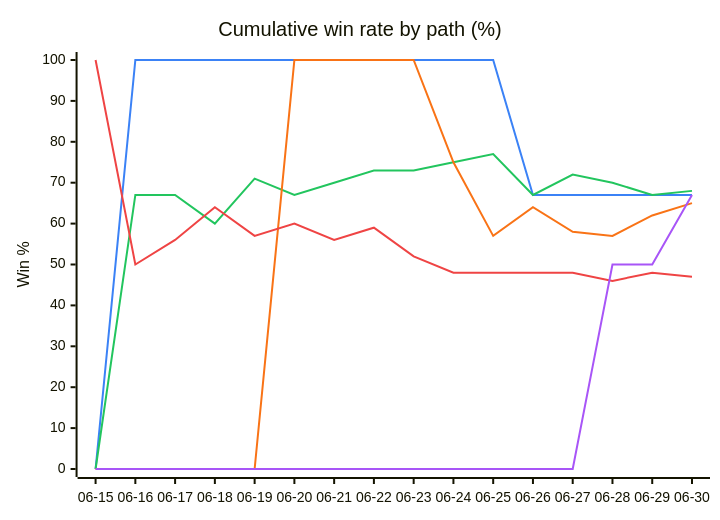
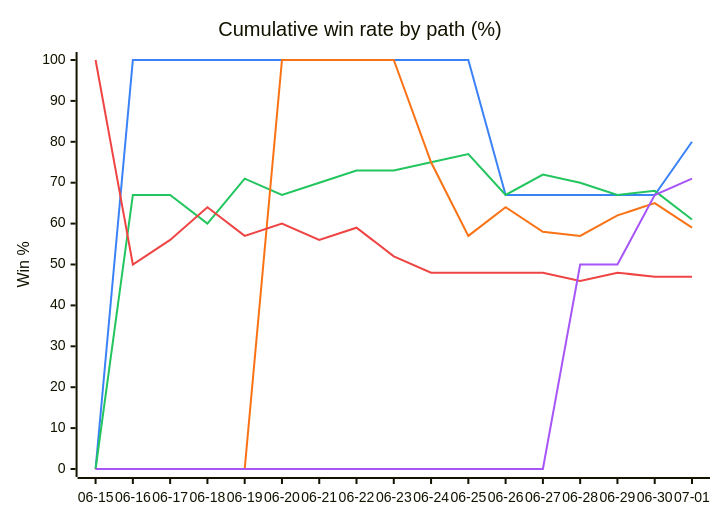
The second of 5 diagrams in DAILY_AGSU_REPORT.md (dpk1212/nhl-savant), drawn with Mermaid before and after one commit. The commit also changed other lines of this file, not shown here.

````diff
--- a/DAILY_AGSU_REPORT.md
+++ b/DAILY_AGSU_REPORT.md
@@ -215,12 +211,12 @@
 ```mermaid
 %%{init: {"themeVariables": {"xyChart": {"plotColorPalette": "#3b82f6,#22c55e,#f97316,#ef4444,#a855f7"}}}}%%
 xychart-beta
     title "Cumulative win rate by path (%)"
-    x-axis ["06-15", "06-16", "06-17", "06-18", "06-19", "06-20", "06-21", "06-22", "06-23", "06-24", "06-25", "06-26", "06-27", "06-28", "06-29", "06-30"]
+    x-axis ["06-15", "06-16", "06-17", "06-18", "06-19", "06-20", "06-21", "06-22", "06-23", "06-24", "06-25", "06-26", "06-27", "06-28", "06-29", "06-30", "07-01"]
     y-axis "Win %" 0 --> 100
-    line [0, 100, 100, 100, 100, 100, 100, 100, 100, 100, 100, 67, 67, 67, 67, 67]
-    line [0, 67, 67, 60, 71, 67, 70, 73, 73, 75, 77, 67, 72, 70, 67, 68]
-    line [0, 0, 0, 0, 0, 100, 100, 100, 100, 75, 57, 64, 58, 57, 62, 65]
-    line [100, 50, 56, 64, 57, 60, 56, 59, 52, 48, 48, 48, 48, 46, 48, 47]
-    line [0, 0, 0, 0, 0, 0, 0, 0, 0, 0, 0, 0, 0, 50, 50, 67]
+    line [0, 100, 100, 100, 100, 100, 100, 100, 100, 100, 100, 67, 67, 67, 67, 67, 80]
+    line [0, 67, 67, 60, 71, 67, 70, 73, 73, 75, 77, 67, 72, 70, 67, 68, 61]
+    line [0, 0, 0, 0, 0, 100, 100, 100, 100, 75, 57, 64, 58, 57, 62, 65, 59]
+    line [100, 50, 56, 64, 57, 60, 56, 59, 52, 48, 48, 48, 48, 46, 48, 47, 47]
+    line [0, 0, 0, 0, 0, 0, 0, 0, 0, 0, 0, 0, 0, 50, 50, 67, 71]
 ```
````
